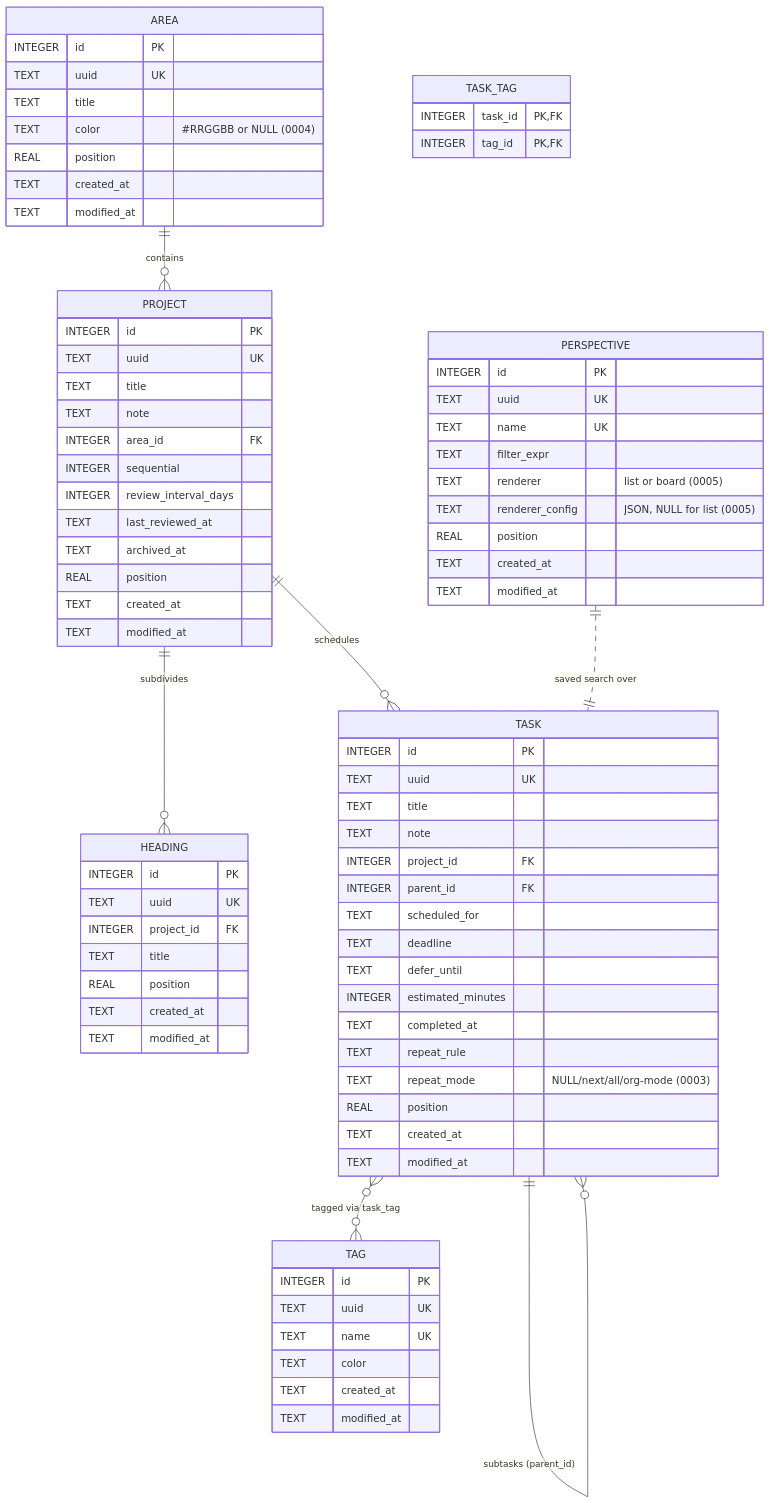
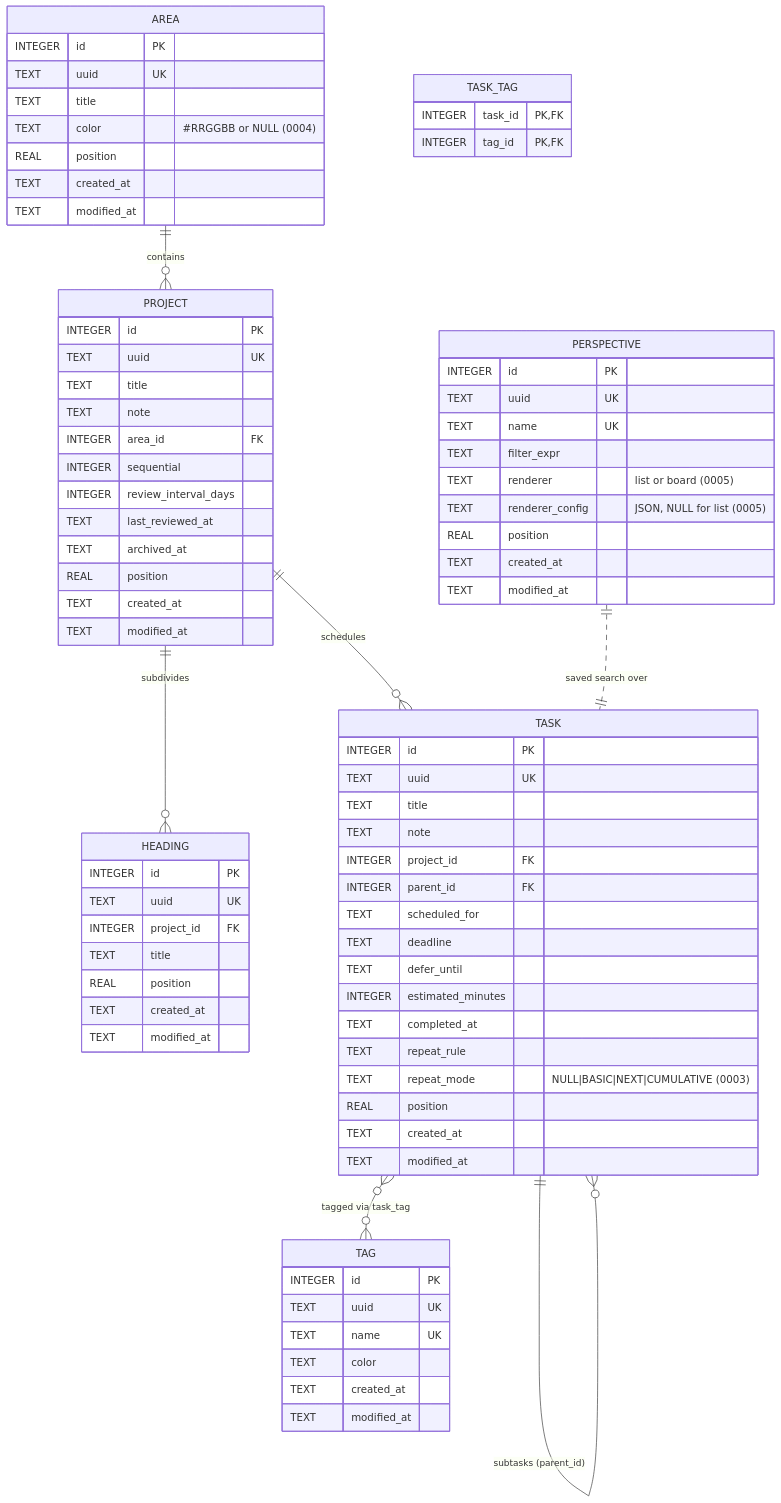
One commit to VirInvictus/Atrium changed the diagram in docs/schema.md. Above: the diagram before and after it, drawn with Mermaid. The commit also changed other lines of this file and 3 other files, not shown here.

```diff
--- a/docs/schema.md
+++ b/docs/schema.md
@@ -86,7 +86,7 @@
         INTEGER estimated_minutes
         TEXT completed_at
         TEXT repeat_rule
-        TEXT repeat_mode "NULL/next/all/org-mode (0003)"
+        TEXT repeat_mode "NULL|BASIC|NEXT|CUMULATIVE (0003)"
         REAL position
         TEXT created_at
         TEXT modified_at
```
